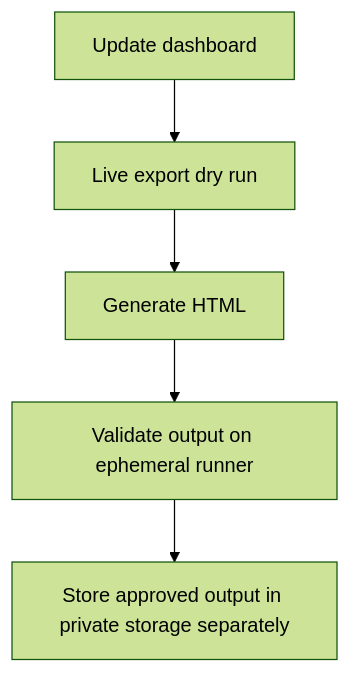
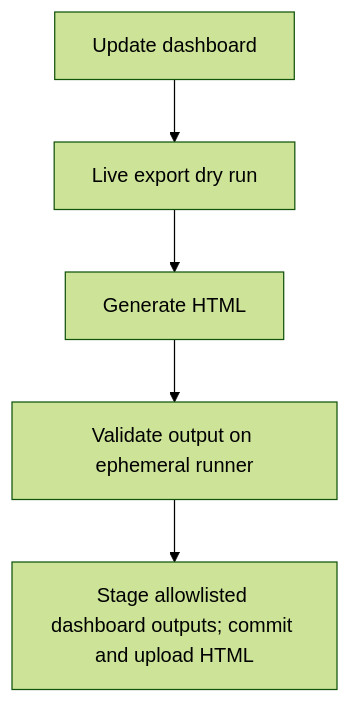
Before and after one commit to nathanmcnulty/defender-reporting: the diagram in docs/workflows.md, drawn with Mermaid (forest theme). The commit also changed other lines of this file and 9 other files, not shown here.

````diff
--- a/docs/workflows.md
+++ b/docs/workflows.md
@@ -20,7 +20,7 @@
 ```mermaid
 flowchart TD
     A["Update dashboard"] --> B["Live export dry run"]
     B --> C["Generate HTML"]
     C --> D["Validate output on ephemeral runner"]
-    D --> E["Store approved output in private storage separately"]
+    D --> E["Stage allowlisted dashboard outputs; commit and upload HTML"]
 ```
````
